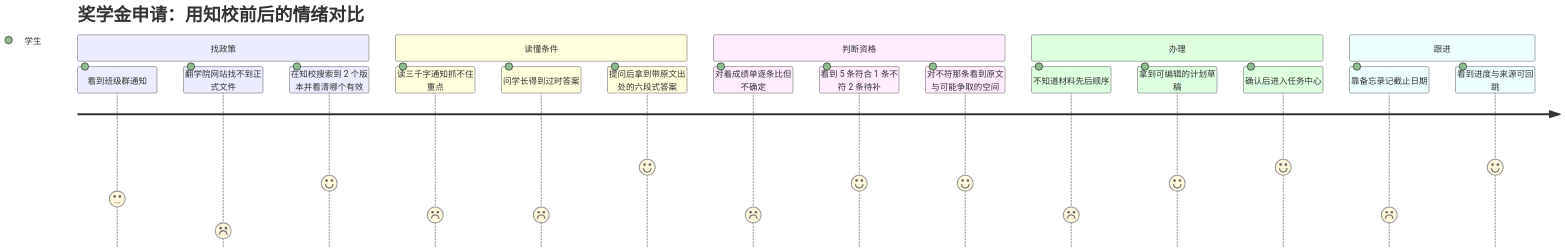
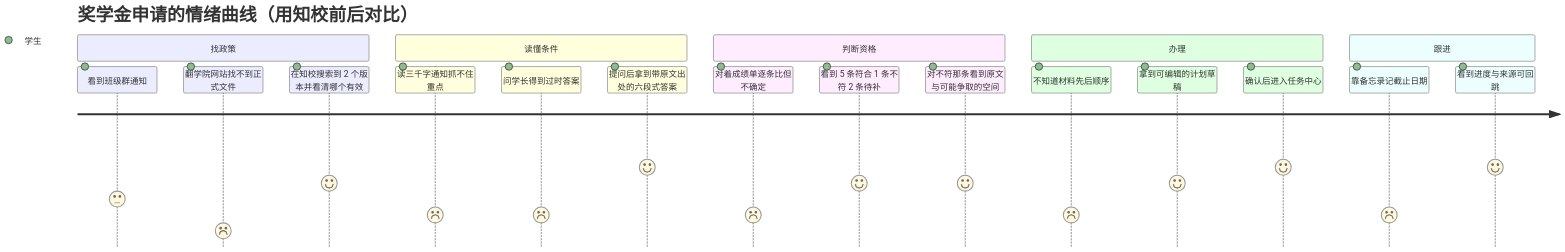
Before and after one commit to liqing-258/campus-policy-planner: the diagram in docs/10-需求分析/用户旅程.md, drawn with Mermaid.

Commit message:
docs(prd): drop colon from journey title to avoid mermaid parse ambiguity

````diff
--- a/docs/10-需求分析/用户旅程.md
+++ b/docs/10-需求分析/用户旅程.md
@@ -42,23 +42,23 @@
 ```mermaid
 journey
-    title 奖学金申请：用知校前后的情绪对比
+    title 奖学金申请的情绪曲线（用知校前后对比）
     section 找政策
       看到班级群通知: 3: 学生
       翻学院网站找不到正式文件: 1: 学生
       在知校搜索到 2 个版本并看清哪个有效: 4: 学生
     section 读懂条件
       读三千字通知抓不住重点: 2: 学生
       问学长得到过时答案: 2: 学生
       提问后拿到带原文出处的六段式答案: 5: 学生
     section 判断资格
       对着成绩单逐条比但不确定: 2: 学生
       看到 5 条符合 1 条不符 2 条待补: 4: 学生
       对不符那条看到原文与可能争取的空间: 4: 学生
     section 办理
       不知道材料先后顺序: 2: 学生
       拿到可编辑的计划草稿: 4: 学生
       确认后进入任务中心: 5: 学生
     section 跟进
       靠备忘录记截止日期: 2: 学生
       看到进度与来源可回跳: 5: 学生
 ```
````
